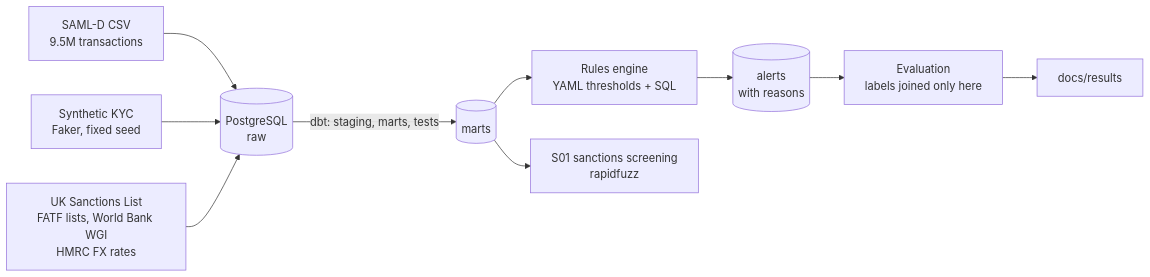
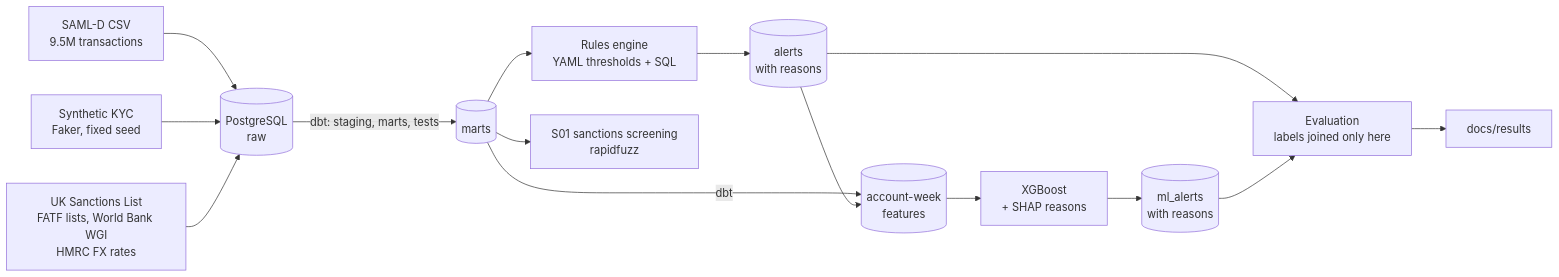
Before and after one commit to viveksnalegavamath-hash/aml-transaction-monitoring: the diagram in README.md, drawn with Mermaid. The commit also changed other lines of this file and 4 other files, not shown here.

````diff
--- a/README.md
+++ b/README.md
@@ -54,12 +68,17 @@
 ```mermaid
 flowchart LR
     A[SAML-D CSV<br/>9.5M transactions] --> R[(PostgreSQL<br/>raw)]
     K[Synthetic KYC<br/>Faker, fixed seed] --> R
     L[UK Sanctions List<br/>FATF lists, World Bank WGI<br/>HMRC FX rates] --> R
     R -->|dbt: staging, marts, tests| M[(marts)]
     M --> E[Rules engine<br/>YAML thresholds + SQL]
     E --> AL[(alerts<br/>with reasons)]
+    M -->|dbt| F[(account-week<br/>features)]
+    AL --> F
+    F --> ML[XGBoost<br/>+ SHAP reasons]
+    ML --> MA[(ml_alerts<br/>with reasons)]
     M --> S[S01 sanctions screening<br/>rapidfuzz]
     AL --> EV[Evaluation<br/>labels joined only here]
+    MA --> EV
     EV --> D[docs/results]
 ```
````
